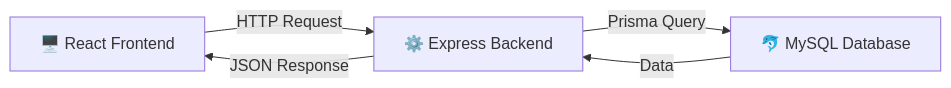
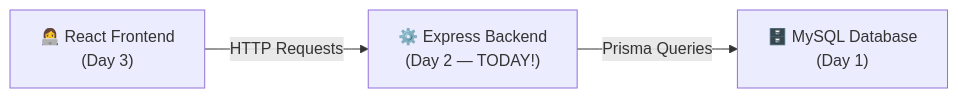
The first of 30 diagrams in backend/README.md (Nimsika-Bosilu/designHer_2.0-Student-Attendance-Management-System), drawn with Mermaid before and after one commit. The commit also changed other lines of this file, not shown here.

Commit message:
feat: add comprehensive backend API setup guide and project structure documentation

````diff
--- a/backend/README.md
+++ b/backend/README.md
@@ -41,7 +36,5 @@
 ```mermaid
 flowchart LR
-    A["🖥️ React Frontend"] -->|"HTTP Request"| B["⚙️ Express Backend"]
-    B -->|"Prisma Query"| C["🐬 MySQL Database"]
-    C -->|"Data"| B
-    B -->|"JSON Response"| A
+    A["👩‍💻 React Frontend\n(Day 3)"] -->|"HTTP Requests"| B["⚙️ Express Backend\n(Day 2 — TODAY!)"]
+    B -->|"Prisma Queries"| C["🗄️ MySQL Database\n(Day 1)"]
 ```
````
